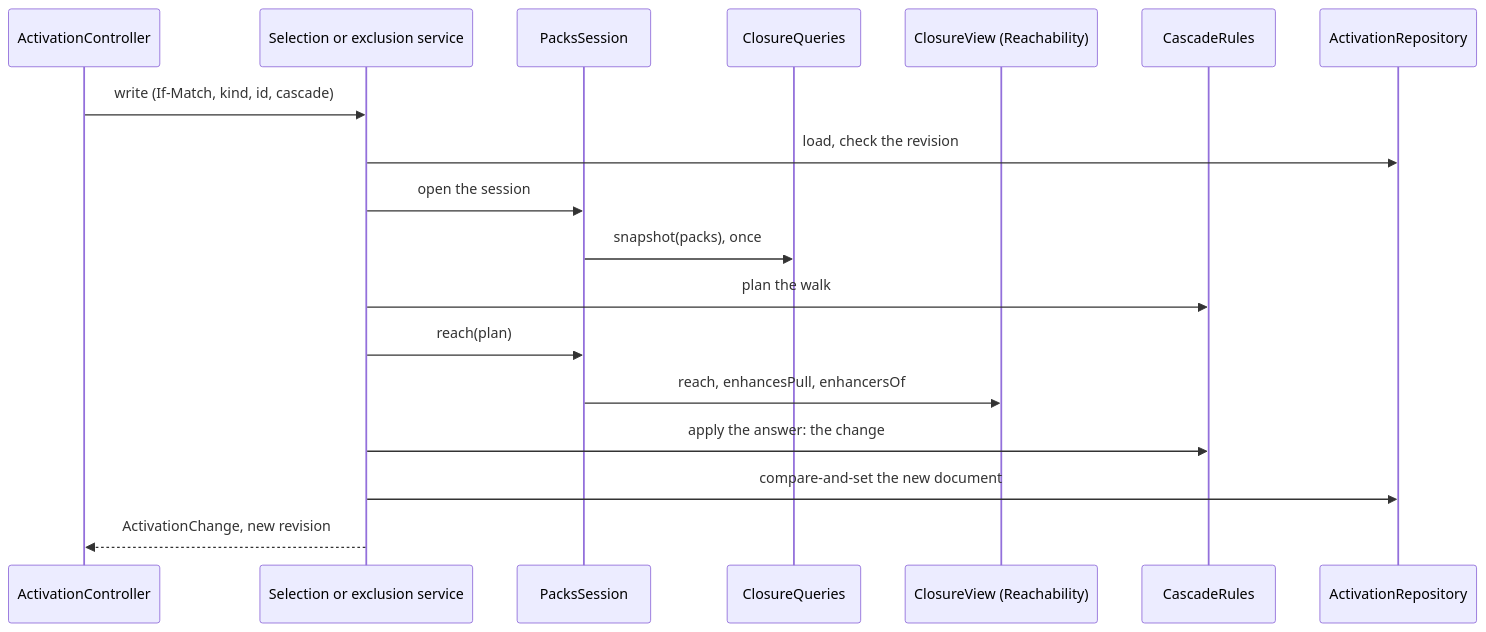
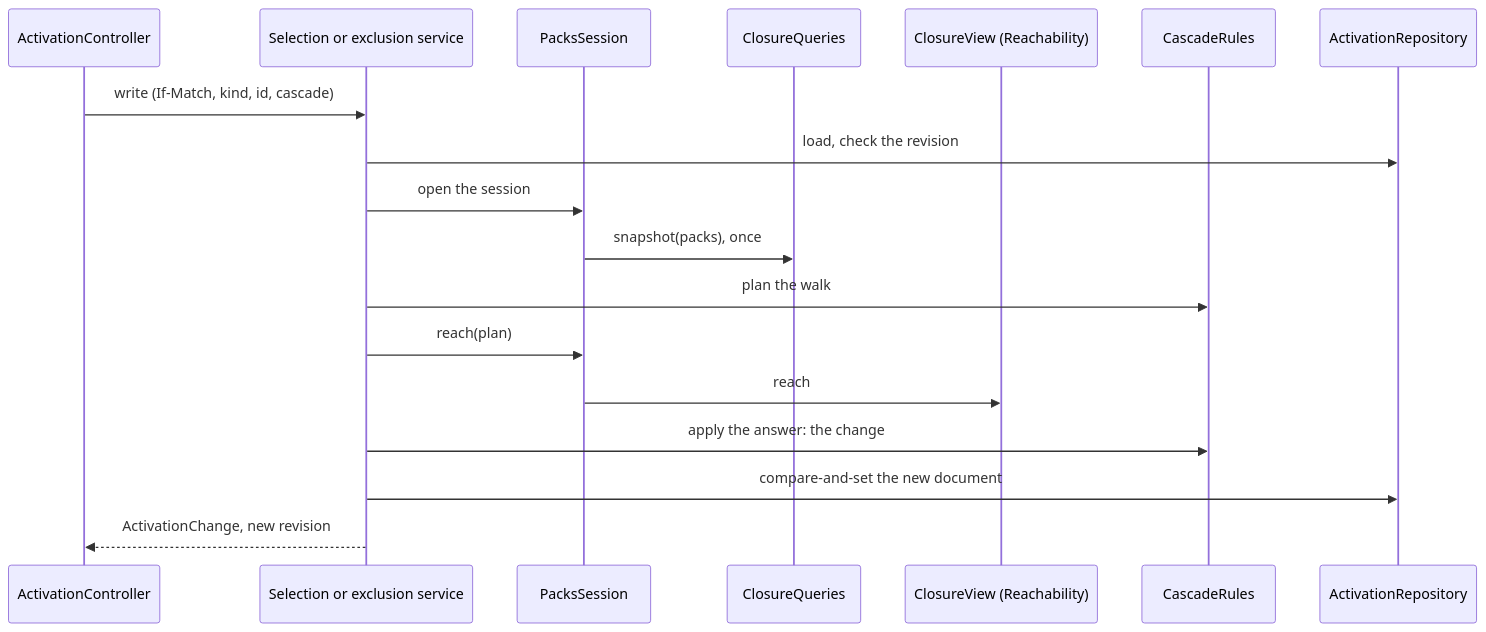
The third of 4 diagrams in docs/architecture/offering-and-activation.md (spec-kitty/spec-kitty-charter), drawn with Mermaid before and after one commit. The commit also changed other lines of this file and 8 other files, not shown here.

First line of the commit message:
docs: record that enhances is a cascade relation with no pull

````diff
--- a/docs/architecture/offering-and-activation.md
+++ b/docs/architecture/offering-and-activation.md
@@ -378,20 +377,20 @@
 ```mermaid
 sequenceDiagram
   participant C as ActivationController
   participant S as Selection or exclusion service
   participant P as PacksSession
   participant Q as ClosureQueries
   participant V as ClosureView (Reachability)
   participant R as CascadeRules
   participant DB as ActivationRepository
   C->>S: write (If-Match, kind, id, cascade)
   S->>DB: load, check the revision
   S->>P: open the session
   P->>Q: snapshot(packs), once
   S->>R: plan the walk
   S->>P: reach(plan)
-  P->>V: reach, enhancesPull, enhancersOf
+  P->>V: reach
   S->>R: apply the answer: the change
   S->>DB: compare-and-set the new document
   S-->>C: ActivationChange, new revision
 ```
````
